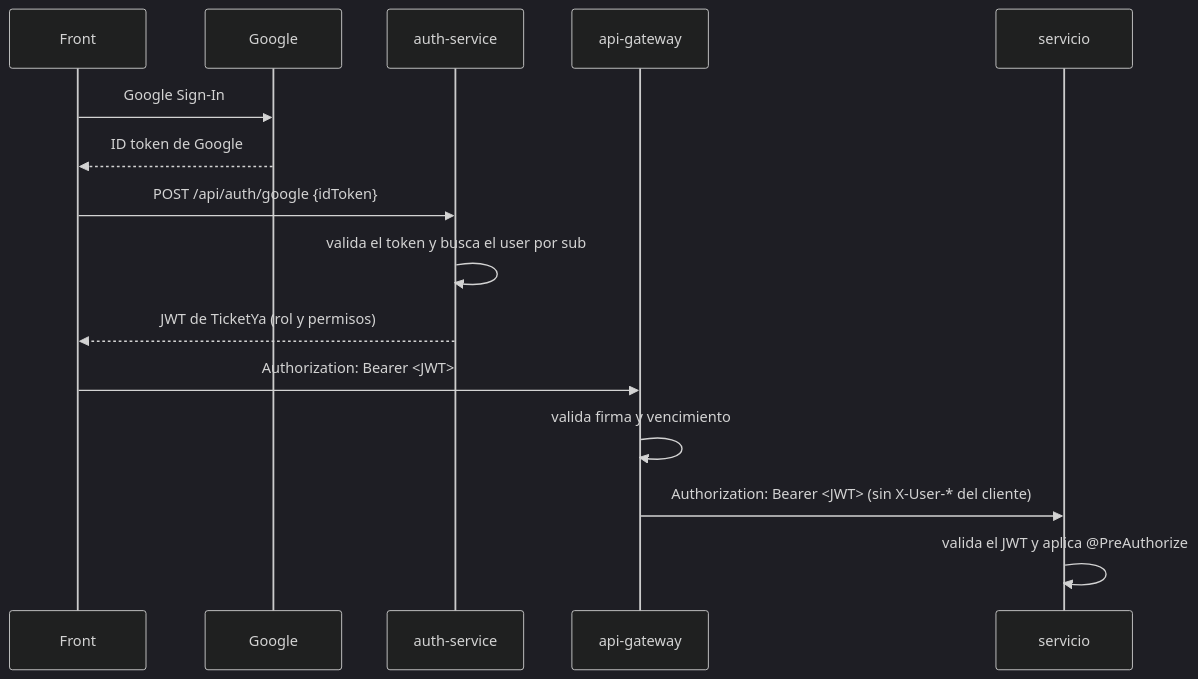
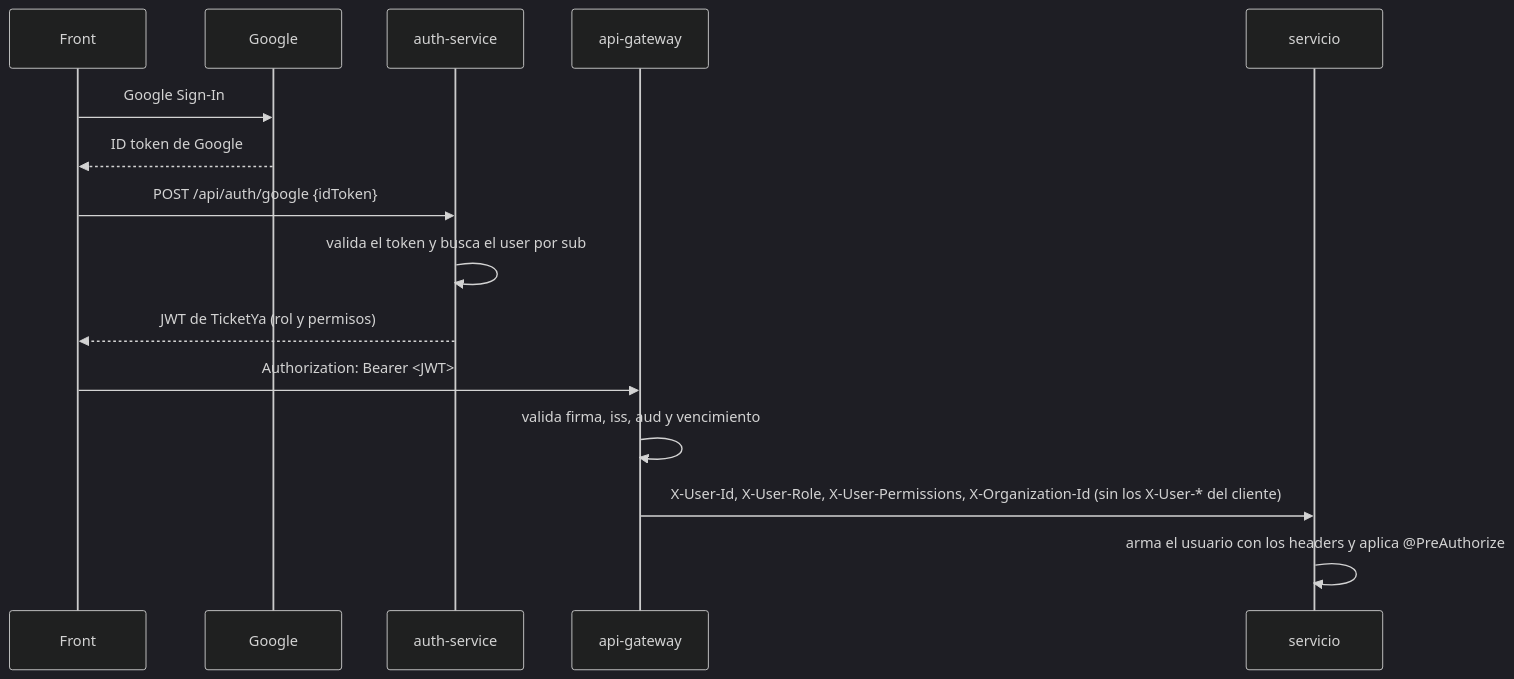
Before and after one commit to joaquinblock/TicketYa: the diagram in docs/rfc/RFC-001-auth-modality.md, drawn with Mermaid (dark theme). The commit also changed other lines of this file and 2 other files, not shown here.

Commit message:
docs: add ADR-003, the JWT is validated only in the gateway, and update RFC-001 and US-AUTH-03

````diff
--- a/docs/rfc/RFC-001-auth-modality.md
+++ b/docs/rfc/RFC-001-auth-modality.md
@@ -41,17 +41,17 @@
 ```mermaid
 sequenceDiagram
     participant F as Front
     participant Go as Google
     participant A as auth-service
     participant G as api-gateway
     participant S as servicio
     F->>Go: Google Sign-In
     Go-->>F: ID token de Google
     F->>A: POST /api/auth/google {idToken}
     A->>A: valida el token y busca el user por sub
     A-->>F: JWT de TicketYa (rol y permisos)
     F->>G: Authorization: Bearer <JWT>
-    G->>G: valida firma y vencimiento
-    G->>S: Authorization: Bearer <JWT> (sin X-User-* del cliente)
-    S->>S: valida el JWT y aplica @PreAuthorize
+    G->>G: valida firma, iss, aud y vencimiento
+    G->>S: X-User-Id, X-User-Role, X-User-Permissions, X-Organization-Id (sin los X-User-* del cliente)
+    S->>S: arma el usuario con los headers y aplica @PreAuthorize
 ```
````
